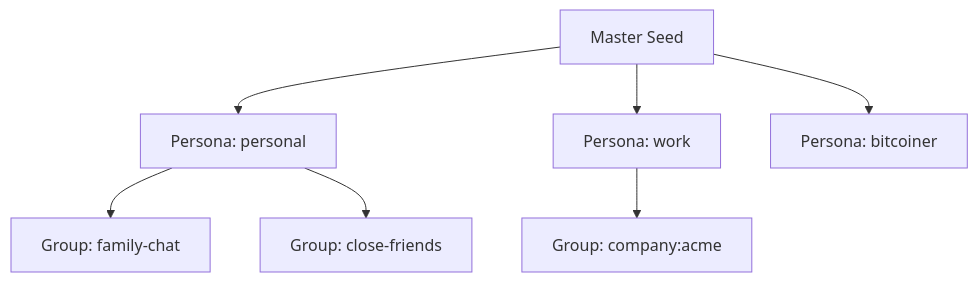
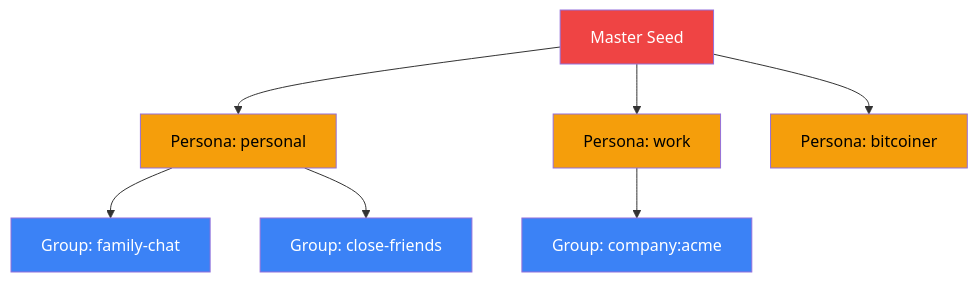
The sixth of 6 diagrams in docs/ECOSYSTEM.md (forgesworn/heartwood), drawn with Mermaid before and after one commit. The commit also changed other lines of this file, not shown here.

First line of the commit message:
style: apply ForgeSworn colour palette to ecosystem diagrams

````diff
--- a/docs/ECOSYSTEM.md
+++ b/docs/ECOSYSTEM.md
@@ -168,10 +193,18 @@
 ```mermaid
 graph TB
     SEED["Master Seed"] --> P1["Persona: personal"]
     SEED --> P2["Persona: work"]
     SEED --> P3["Persona: bitcoiner"]
 
     P1 --> G1["Group: family-chat"]
     P1 --> G2["Group: close-friends"]
     P2 --> G3["Group: company:acme"]
+
+    style SEED fill:#ef4444,color:#fff
+    style P1 fill:#f59e0b,color:#000
+    style P2 fill:#f59e0b,color:#000
+    style P3 fill:#f59e0b,color:#000
+    style G1 fill:#3b82f6,color:#fff
+    style G2 fill:#3b82f6,color:#fff
+    style G3 fill:#3b82f6,color:#fff
 ```
````
